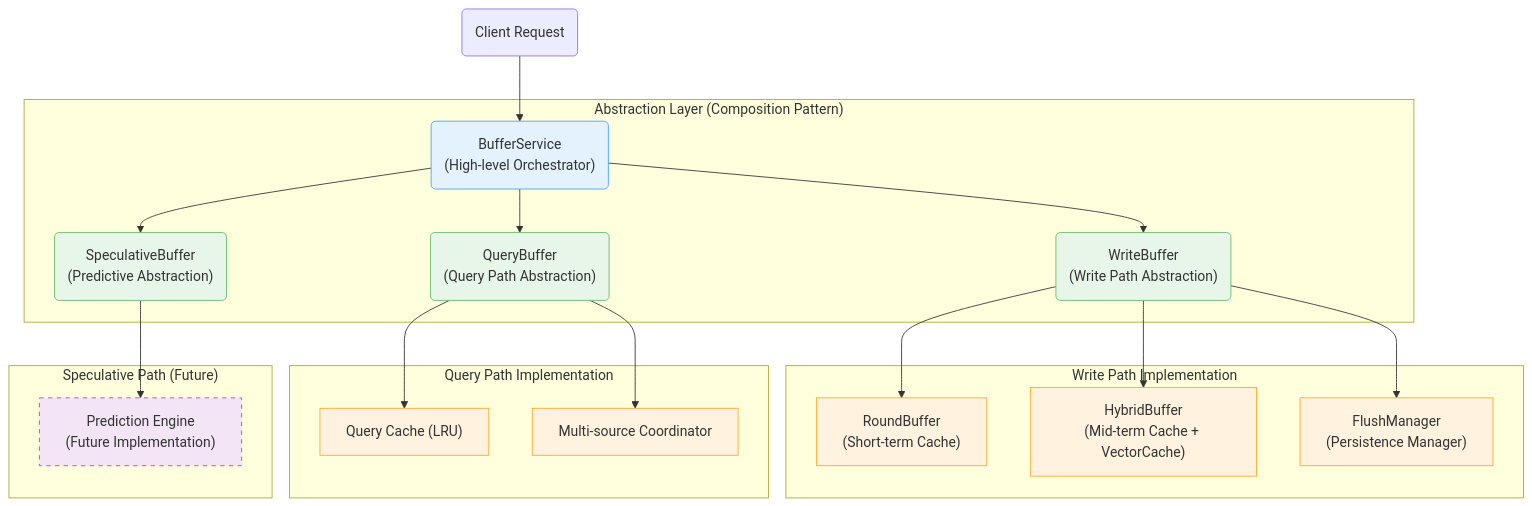
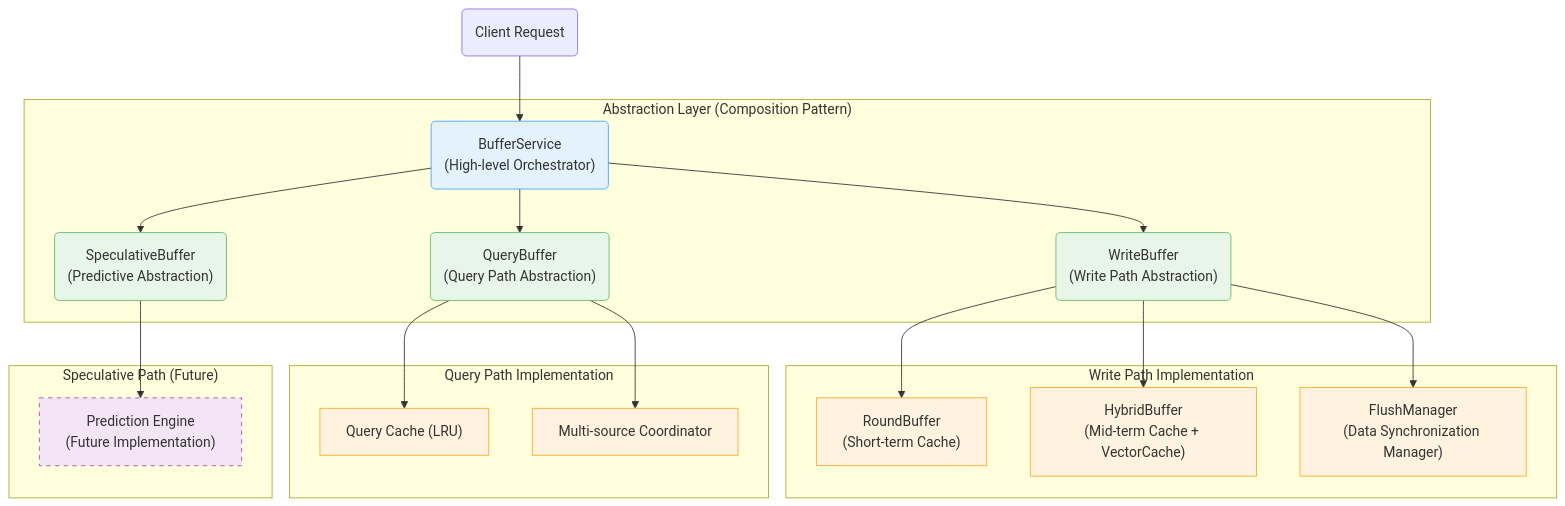
Before and after one commit to memfuse/memfuse: the first of 2 diagrams in docs/architecture/buffer/overview.md, drawn with Mermaid. The commit also changed 43 other files, not shown here.

````diff
--- a/docs/architecture/buffer/overview.md
+++ b/docs/architecture/buffer/overview.md
@@ -21,35 +21,35 @@
 ```mermaid
 graph TD
     Client("Client Request") --> BufferService("BufferService<br/>(High-level Orchestrator)")
 
     subgraph abstraction_layer ["Abstraction Layer (Composition Pattern)"]
         BufferService --> WriteBuffer("WriteBuffer<br/>(Write Path Abstraction)")
         BufferService --> QueryBuffer("QueryBuffer<br/>(Query Path Abstraction)")
         BufferService --> SpeculativeBuffer("SpeculativeBuffer<br/>(Predictive Abstraction)")
     end
 
     subgraph write_implementation ["Write Path Implementation"]
         WriteBuffer --> RoundBuffer["RoundBuffer<br/>(Short-term Cache)"]
         WriteBuffer --> HybridBuffer["HybridBuffer<br/>(Mid-term Cache + VectorCache)"]
-        WriteBuffer --> FlushManager["FlushManager<br/>(Persistence Manager)"]
+        WriteBuffer --> FlushManager["FlushManager<br/>(Data Synchronization Manager)"]
     end
 
     subgraph query_implementation ["Query Path Implementation"]
         QueryBuffer --> QueryCache["Query Cache (LRU)"]
         QueryBuffer --> MultiSource["Multi-source Coordinator"]
     end
 
     subgraph speculative_implementation ["Speculative Path (Future)"]
         SpeculativeBuffer --> PredictionEngine["Prediction Engine<br/>(Future Implementation)"]
     end
 
     classDef service_node fill:#E3F2FD,stroke:#42A5F5
     classDef abstraction_node fill:#E8F5E9,stroke:#66BB6A
     classDef implementation_node fill:#FFF3E0,stroke:#FFA726
     classDef future_node fill:#F3E5F5,stroke:#AB47BC,stroke-dasharray:5 5
 
     class BufferService service_node
     class WriteBuffer,QueryBuffer,SpeculativeBuffer abstraction_node
     class RoundBuffer,HybridBuffer,FlushManager,QueryCache,MultiSource implementation_node
     class PredictionEngine future_node
 ```
````
